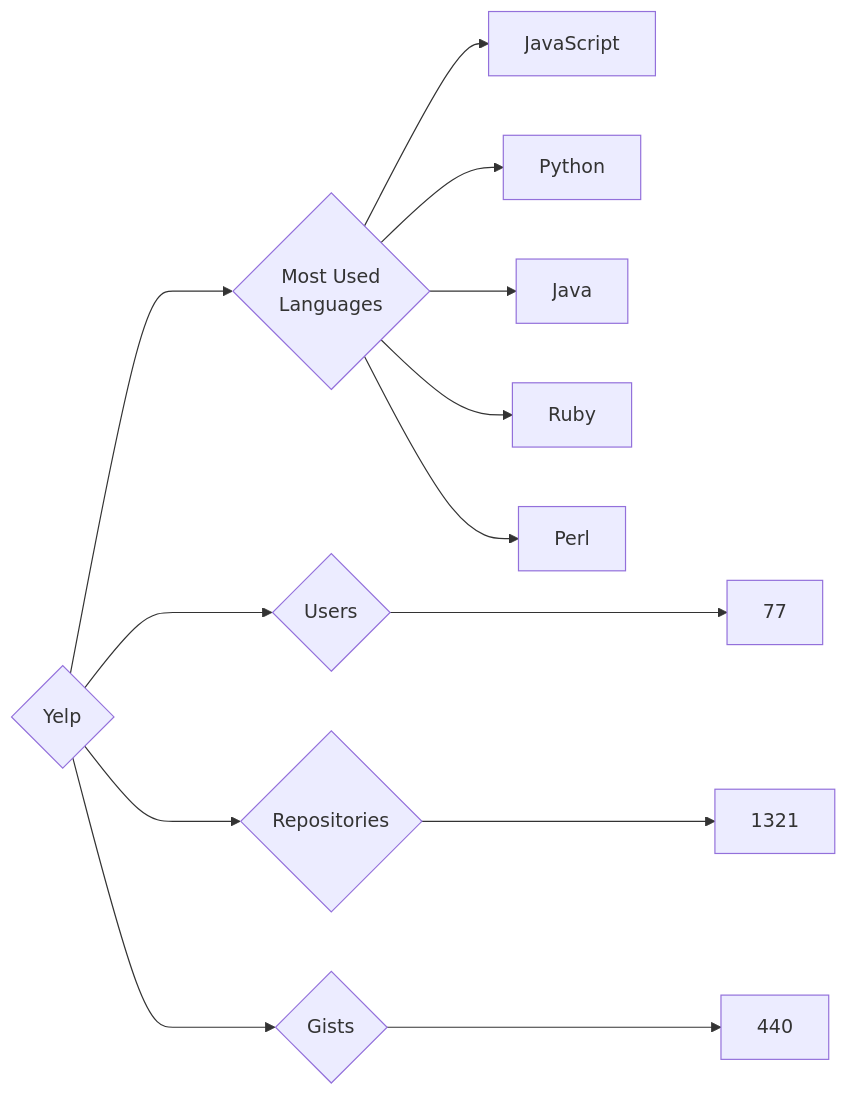
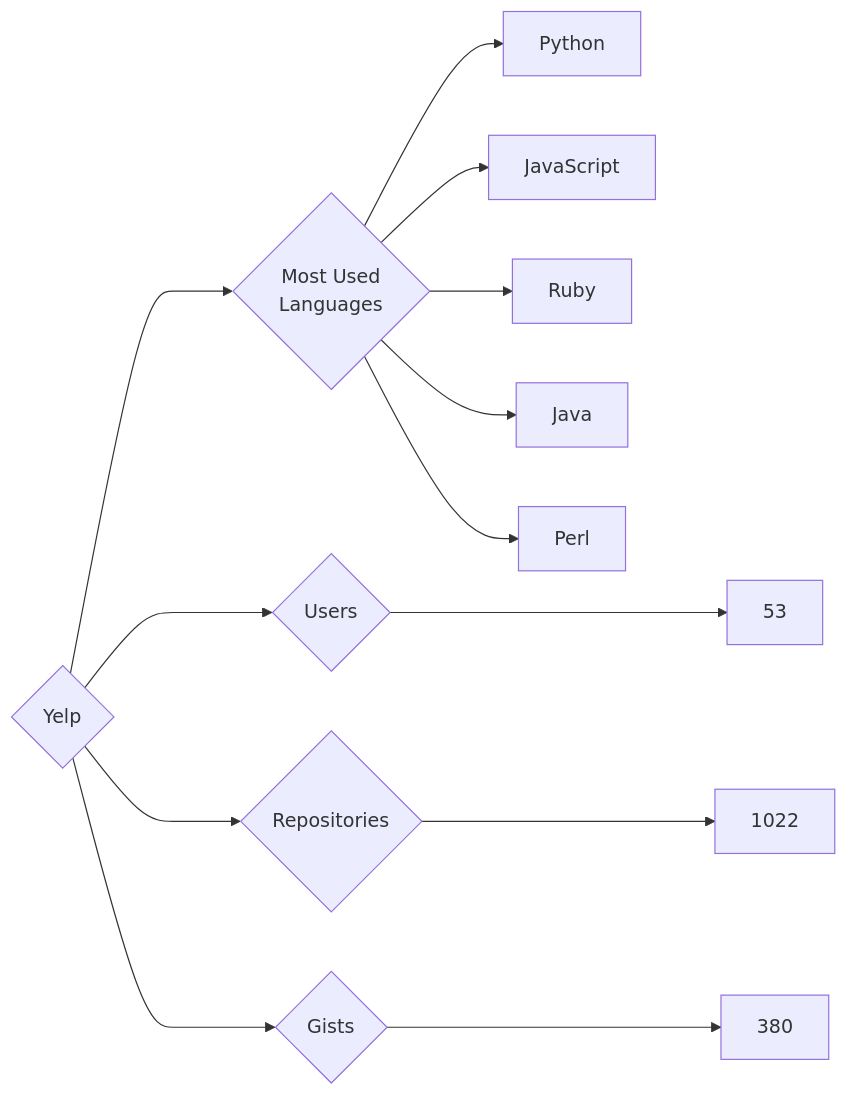
One commit to trickest/insiders changed the diagram in targets/Yelp/README.md. Above: the diagram before and after it, drawn with Mermaid. The commit also changed 920 other files, not shown here.

````diff
--- a/targets/Yelp/README.md
+++ b/targets/Yelp/README.md
@@ -3,13 +3,13 @@
 ```mermaid
 graph LR
 COMPANY_NAME{Yelp}
-COMPANY_NAME ---> U{Users} ---> UN[77]
-COMPANY_NAME ---> R{Repositories} ---> RN[1321]
-COMPANY_NAME ---> G{Gists} ---> GN[440]
+COMPANY_NAME ---> U{Users} ---> UN[53]
+COMPANY_NAME ---> R{Repositories} ---> RN[1022]
+COMPANY_NAME ---> G{Gists} ---> GN[380]
 COMPANY_NAME ---> ML{Most Used<br>Languages}
+ML --> Python[Python]
 ML --> JavaScript[JavaScript]
-ML --> Python[Python]
+ML --> Ruby[Ruby]
 ML --> Java[Java]
-ML --> Ruby[Ruby]
 ML --> Perl[Perl]
 ```
````
